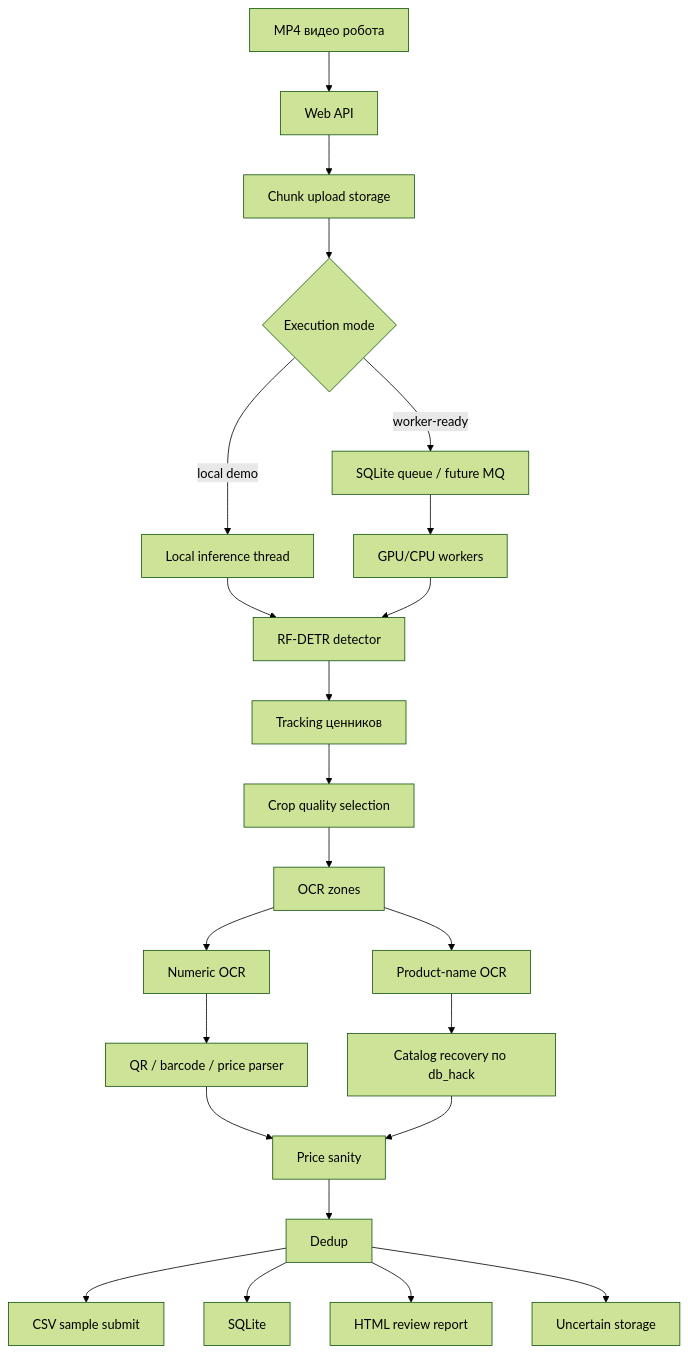
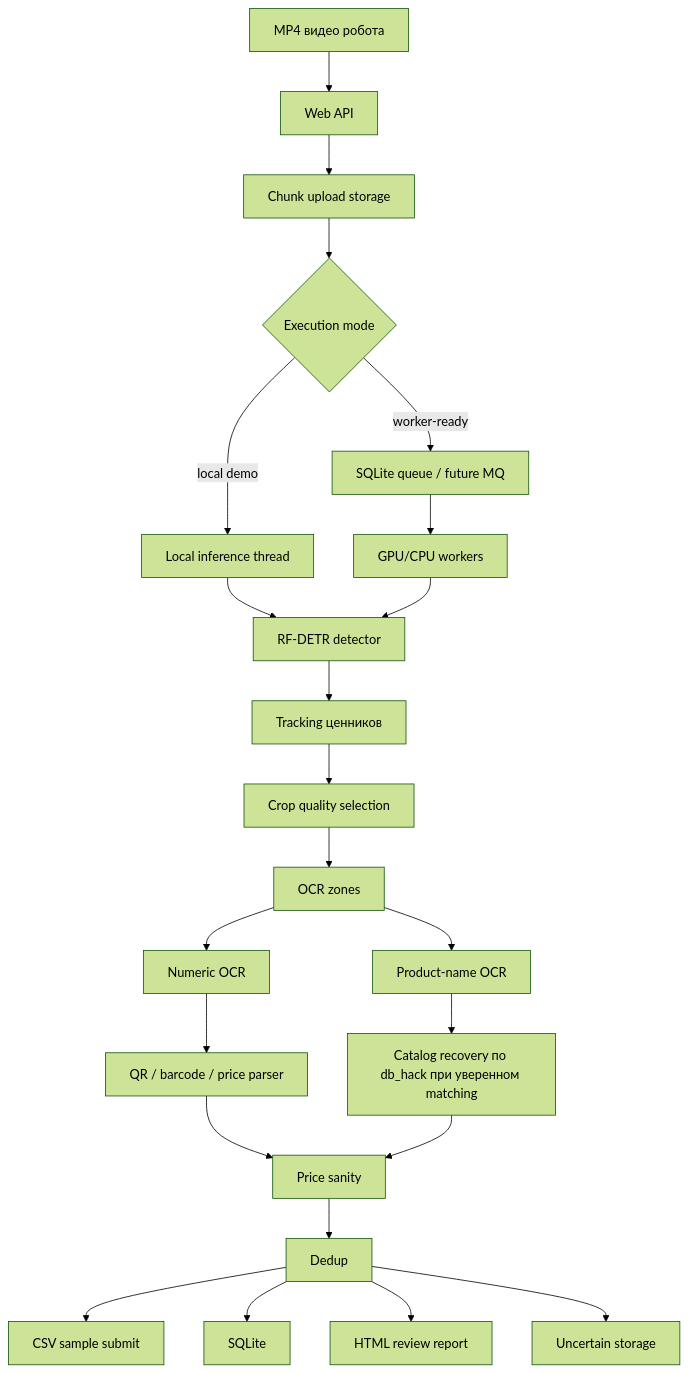
The diagram in README.md (R2NN/projecthack), drawn with Mermaid (forest theme) before and after one commit. The commit also changed other lines of this file and 82 other files, not shown here.

````diff
--- a/README.md
+++ b/README.md
@@ -39,25 +89,25 @@
 ```mermaid
 flowchart TD
     A[MP4 видео робота] --> B[Web API]
     B --> C[Chunk upload storage]
     C --> D{Execution mode}
     D -->|local demo| E[Local inference thread]
     D -->|worker-ready| W[SQLite queue / future MQ]
     W --> X[GPU/CPU workers]
     E --> Y[RF-DETR detector]
     X --> Y
     Y --> F[Tracking ценников]
     F --> G[Crop quality selection]
     G --> H[OCR zones]
     H --> I[Numeric OCR]
     H --> J[Product-name OCR]
     I --> K[QR / barcode / price parser]
-    J --> L[Catalog recovery по db_hack]
+    J --> L[Catalog recovery по db_hack при уверенном matching]
     K --> M[Price sanity]
     L --> M
     M --> N[Dedup]
     N --> O[CSV sample submit]
     N --> P[SQLite]
     N --> Q[HTML review report]
     N --> R[Uncertain storage]
 ```
````
